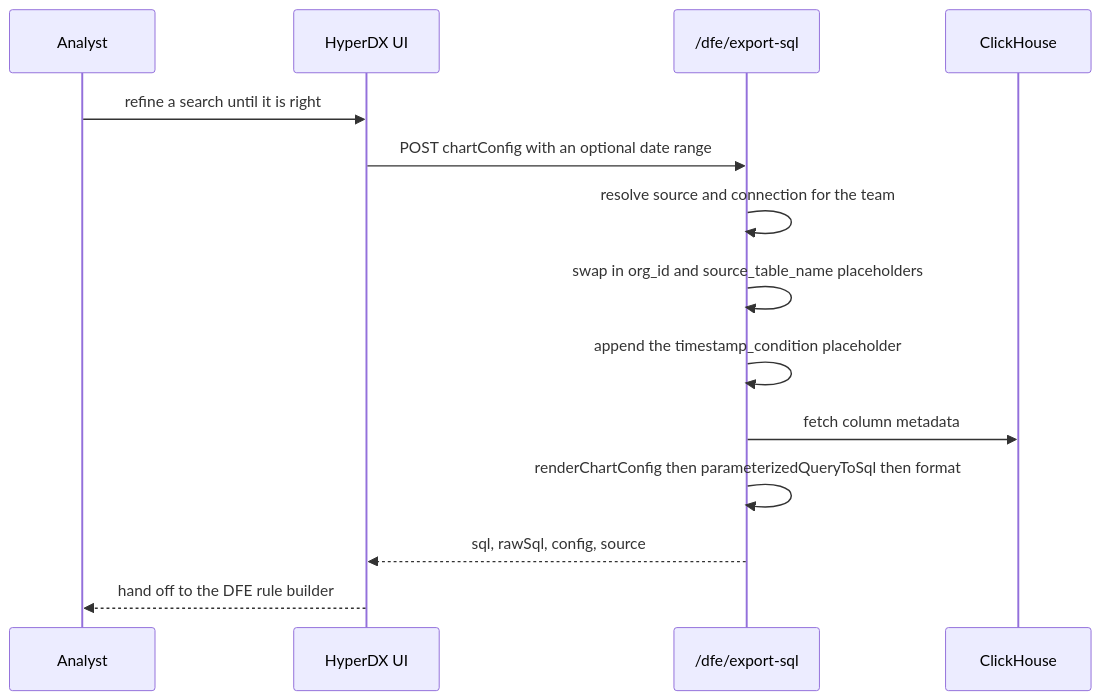
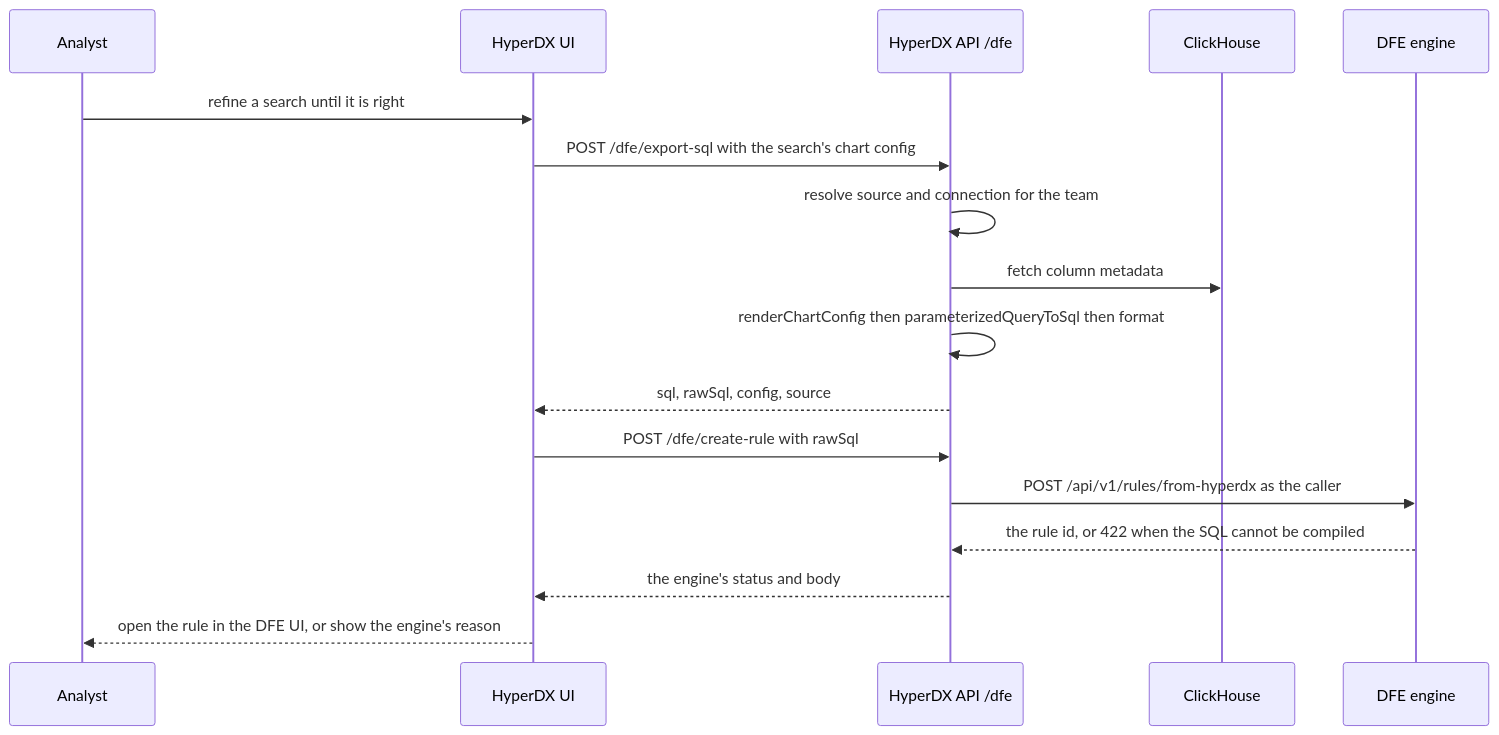
Before and after one commit to hyperi-io/dfe-hyperdx: the diagram in docs/architecture/query-to-rule-pipeline.md, drawn with Mermaid. The commit also changed other lines of this file and 3 other files, not shown here.

First line of the commit message:
fix(dfe): create a rule from the query the search runs (#98)

````diff
--- a/docs/architecture/query-to-rule-pipeline.md
+++ b/docs/architecture/query-to-rule-pipeline.md
@@ -14,17 +14,20 @@
 ```mermaid
 sequenceDiagram
     participant User as Analyst
     participant App as HyperDX UI
-    participant API as /dfe/export-sql
+    participant API as HyperDX API /dfe
     participant CH as ClickHouse
+    participant Engine as DFE engine
 
     User->>App: refine a search until it is right
-    App->>API: POST chartConfig with an optional date range
+    App->>API: POST /dfe/export-sql with the search's chart config
     API->>API: resolve source and connection for the team
-    API->>API: swap in org_id and source_table_name placeholders
-    API->>API: append the timestamp_condition placeholder
     API->>CH: fetch column metadata
     API->>API: renderChartConfig then parameterizedQueryToSql then format
     API-->>App: sql, rawSql, config, source
-    App-->>User: hand off to the DFE rule builder
+    App->>API: POST /dfe/create-rule with rawSql
+    API->>Engine: POST /api/v1/rules/from-hyperdx as the caller
+    Engine-->>API: the rule id, or 422 when the SQL cannot be compiled
+    API-->>App: the engine's status and body
+    App-->>User: open the rule in the DFE UI, or show the engine's reason
 ```
````
